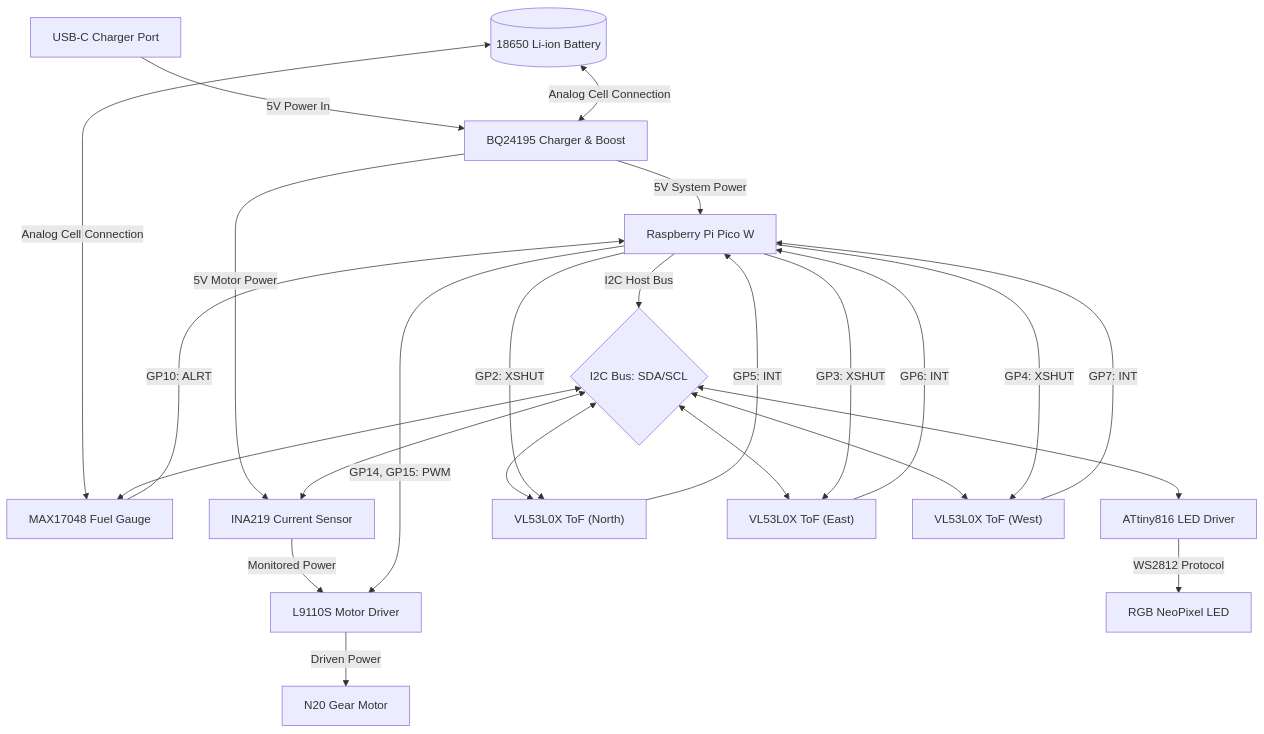
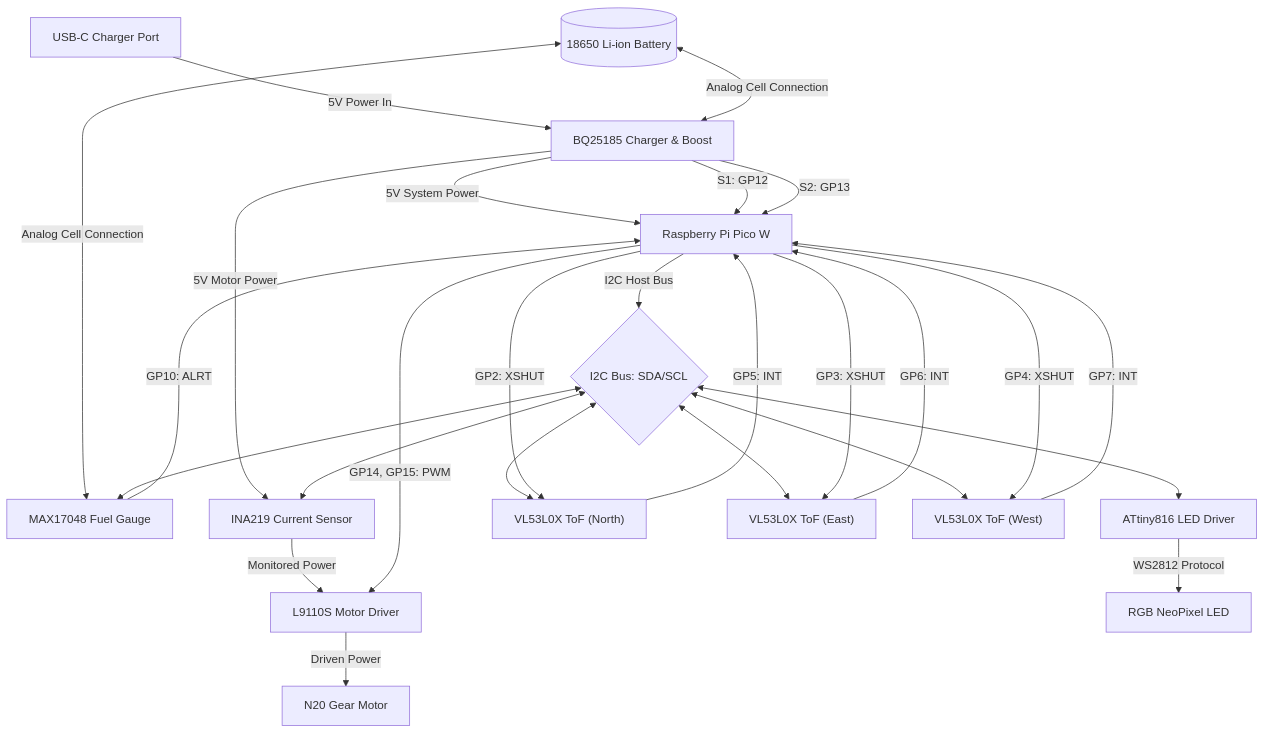
The diagram in src/projects/cat_fountain.md (picklethecat1488-hue/hardware), drawn with Mermaid before and after one commit. The commit also changed other lines of this file, not shown here.

First line of the commit message:
Update docs on FG and charger behavior

````diff
--- a/src/projects/cat_fountain.md
+++ b/src/projects/cat_fountain.md
@@ -34,35 +34,37 @@
 ```mermaid
 graph TD
     %% Power Subsystem
-    USBC["USB-C Charger Port"] -->|5V Power In| BQ["BQ24195 Charger & Boost"]
+    USBC["USB-C Charger Port"] -->|5V Power In| BQ["BQ25185 Charger & Boost"]
     BAT[("18650 Li-ion Battery")] <-->|Analog Cell Connection| BQ
     BAT <-->|Analog Cell Connection| MAX["MAX17048 Fuel Gauge"]
     
     %% Power Distribution
     BQ -->|5V System Power| PICO["Raspberry Pi Pico W"]
     BQ -->|5V Motor Power| INA["INA219 Current Sensor"]
     INA -->|Monitored Power| DRV["L9110S Motor Driver"]
     
     %% I2C Bus Connections
     PICO -->|I2C Host Bus| I2CBus{I2C Bus: SDA/SCL}
     I2CBus <--> MAX
     I2CBus <--> INA
     I2CBus <--> LED_DRV["ATtiny816 LED Driver"]
     I2CBus <--> TOF1["VL53L0X ToF (North)"]
     I2CBus <--> TOF2["VL53L0X ToF (East)"]
     I2CBus <--> TOF3["VL53L0X ToF (West)"]
     
     %% Control Lines
     PICO -->|GP2: XSHUT| TOF1
     PICO -->|GP3: XSHUT| TOF2
     PICO -->|GP4: XSHUT| TOF3
     TOF1 -->|GP5: INT| PICO
     TOF2 -->|GP6: INT| PICO
     TOF3 -->|GP7: INT| PICO
     MAX -->|GP10: ALRT| PICO
     PICO -->|GP14, GP15: PWM| DRV
+    BQ -->|S1: GP12| PICO
+    BQ -->|S2: GP13| PICO
     
     %% Output Connections
     DRV -->|Driven Power| MOTOR["N20 Gear Motor"]
     LED_DRV -->|WS2812 Protocol| LED["RGB NeoPixel LED"]
 ```
````
